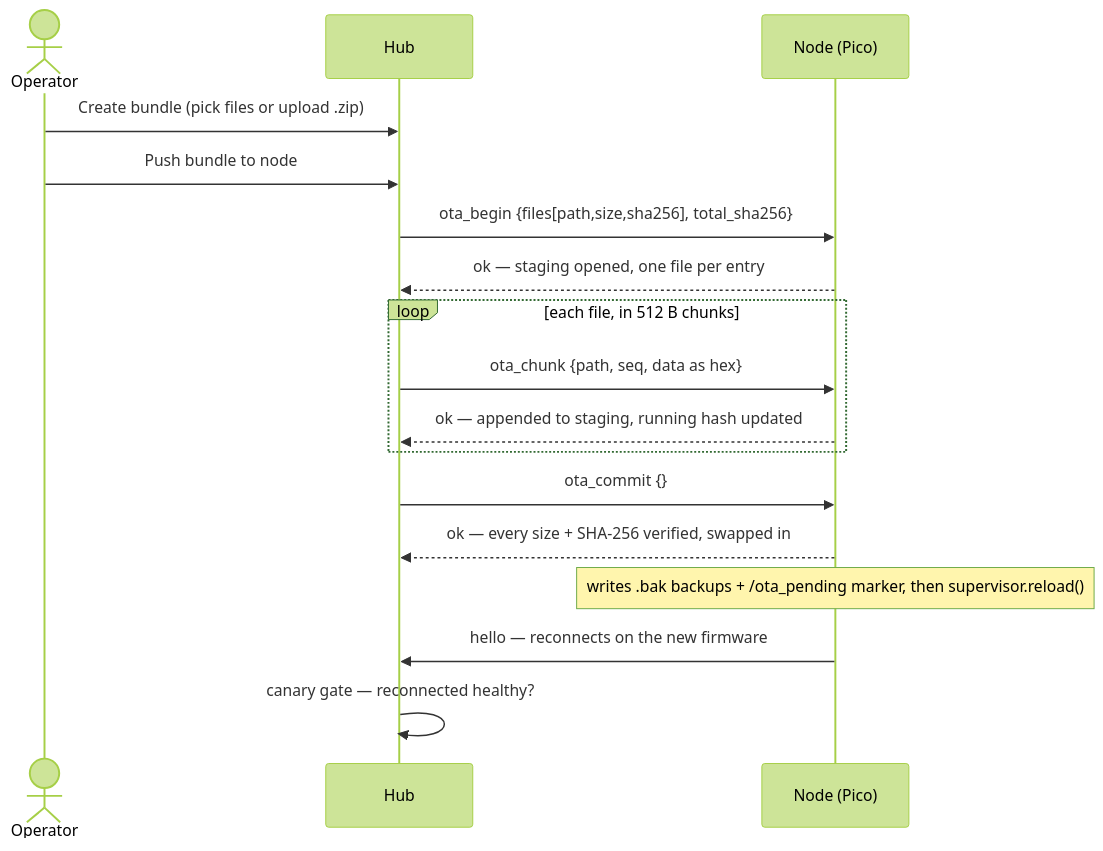
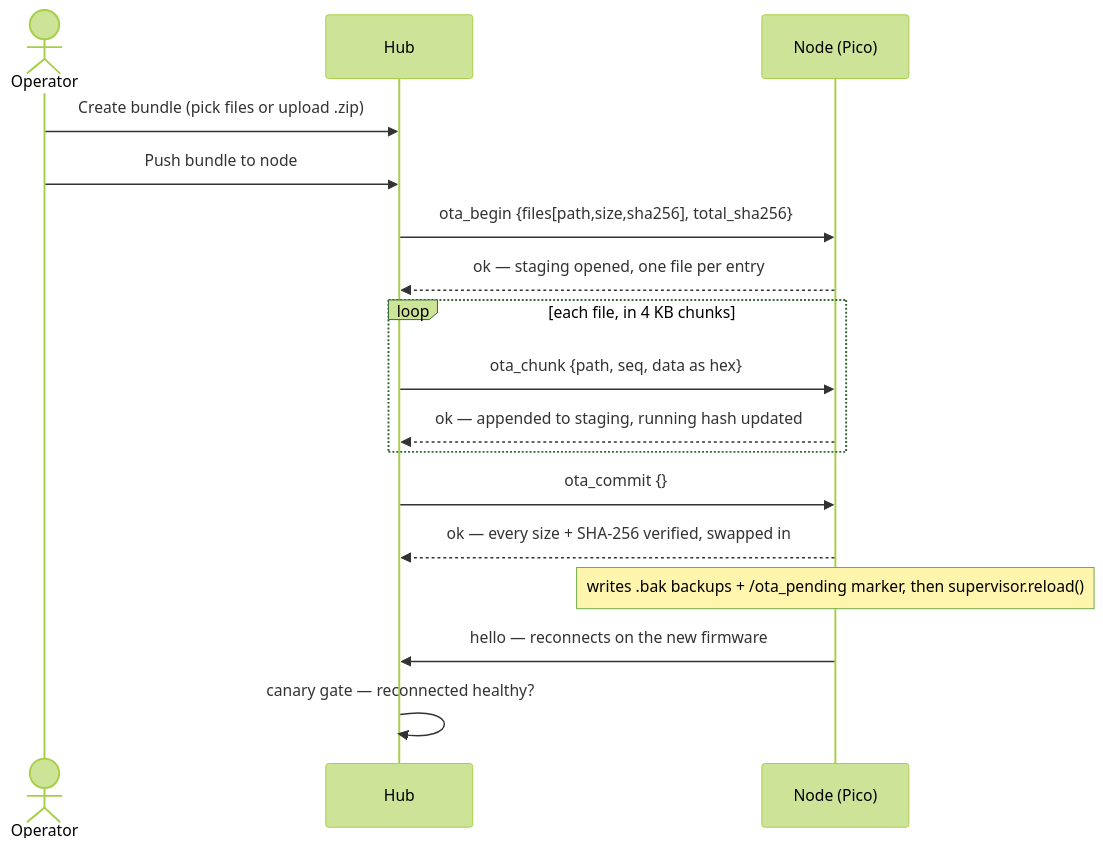
The second of 3 diagrams in docs/ota.md (morpheuslord/PICOTTY), drawn with Mermaid (forest theme) before and after one commit. The commit also changed other lines of this file and 10 other files, not shown here.

````diff
--- a/docs/ota.md
+++ b/docs/ota.md
@@ -178,19 +178,19 @@
 ```mermaid
 sequenceDiagram
     actor Op as Operator
     participant Hub
     participant Node as Node (Pico)
     Op->>Hub: Create bundle (pick files or upload .zip)
     Op->>Hub: Push bundle to node
     Hub->>Node: ota_begin {files[path,size,sha256], total_sha256}
     Node-->>Hub: ok — staging opened, one file per entry
-    loop each file, in 512 B chunks
+    loop each file, in 4 KB chunks
         Hub->>Node: ota_chunk {path, seq, data as hex}
         Node-->>Hub: ok — appended to staging, running hash updated
     end
     Hub->>Node: ota_commit {}
     Node-->>Hub: ok — every size + SHA-256 verified, swapped in
     Note over Node: writes .bak backups + /ota_pending marker, then supervisor.reload()
     Node->>Hub: hello — reconnects on the new firmware
     Hub->>Hub: canary gate — reconnected healthy?
 ```
````
